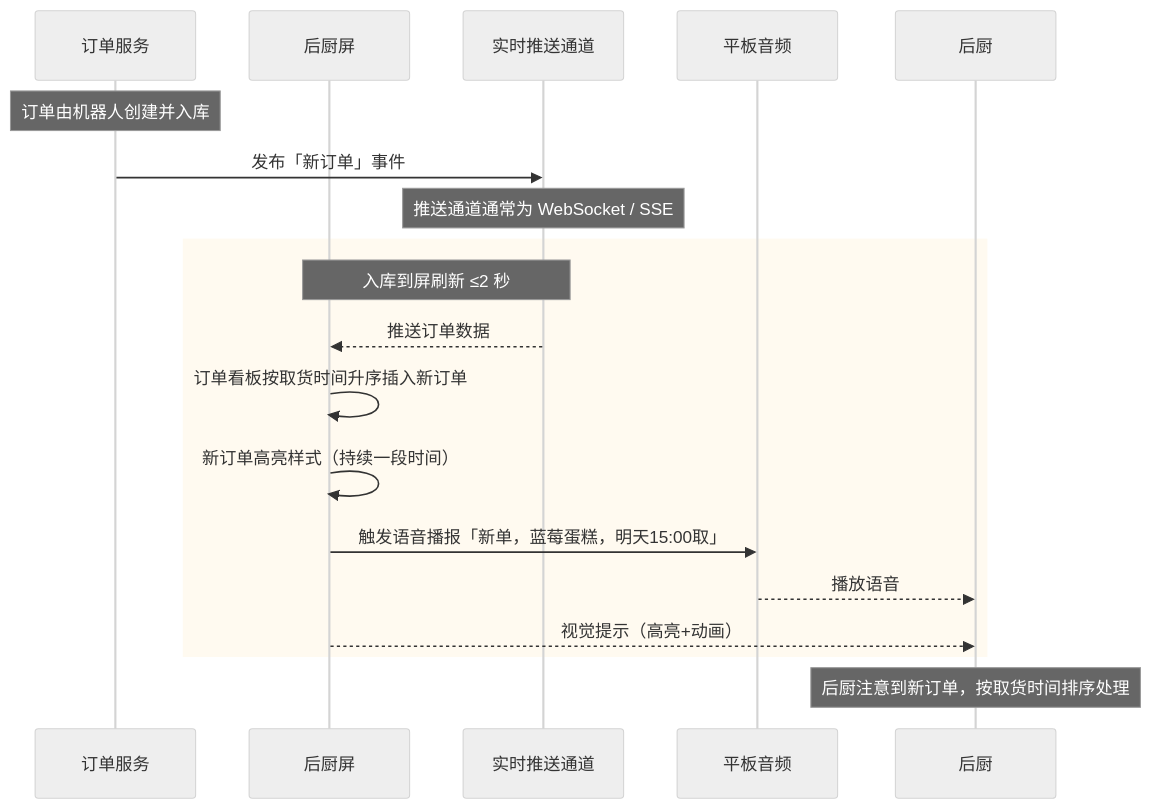
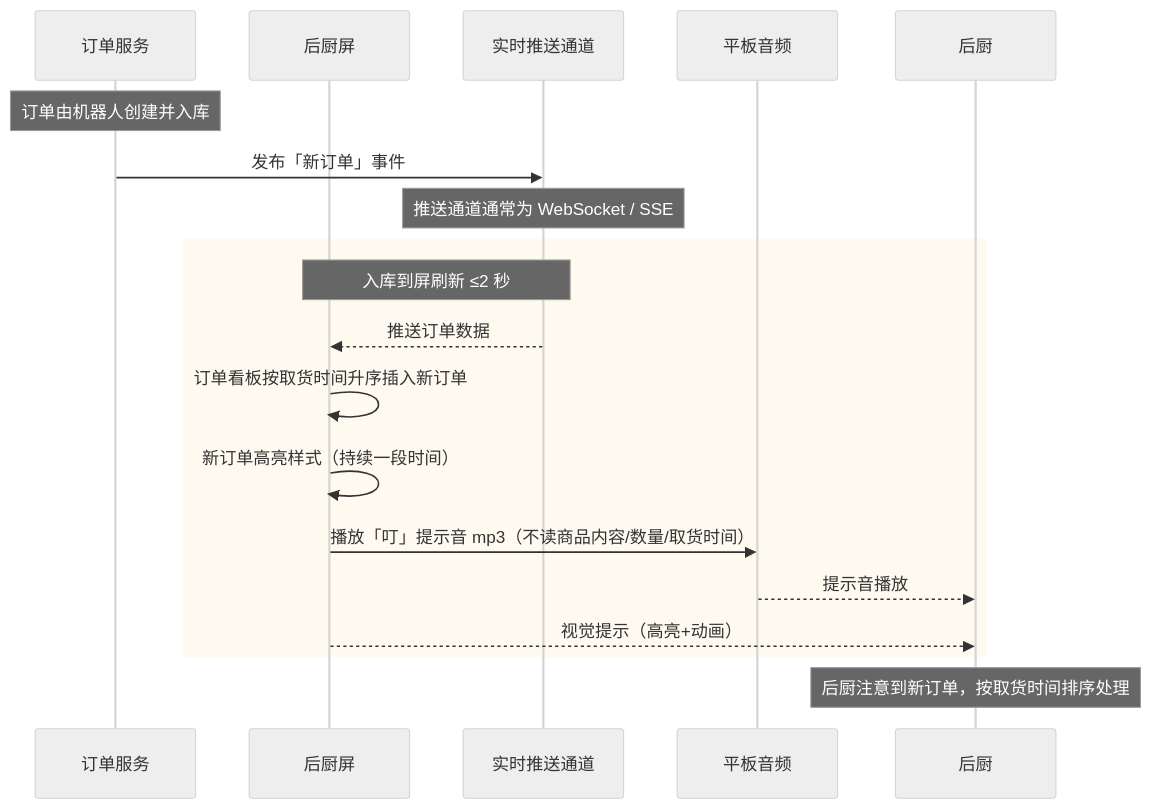
One commit to Antiqueeeee/cake-management changed diagram 28 of 35 in docs/时序图.md. Above: the diagram before and after it, drawn with Mermaid (neutral theme). The commit also changed other lines of this file and 2 other files, not shown here.

````diff
--- a/docs/时序图.md
+++ b/docs/时序图.md
@@ -1493,25 +1493,25 @@
 ```mermaid
 sequenceDiagram
     participant 订单 as 订单服务
     participant 屏 as 后厨屏
     participant 推送 as 实时推送通道
     participant 音频 as 平板音频
     participant 后厨
 
     Note over 订单: 订单由机器人创建并入库
 
     订单->>推送: 发布「新订单」事件
     Note over 推送: 推送通道通常为 WebSocket / SSE
 
     rect rgb(255, 250, 240)
     Note over 推送,屏: 入库到屏刷新 ≤2 秒
     推送-->>屏: 推送订单数据
     屏->>屏: 订单看板按取货时间升序插入新订单
     屏->>屏: 新订单高亮样式（持续一段时间）
-    屏->>音频: 触发语音播报「新单，蓝莓蛋糕，明天15:00取」
-    音频-->>后厨: 播放语音
+    屏->>音频: 播放「叮」提示音 mp3（不读商品内容/数量/取货时间）
+    音频-->>后厨: 提示音播放
     屏-->>后厨: 视觉提示（高亮+动画）
     end
 
     Note over 后厨: 后厨注意到新订单，按取货时间排序处理
 ```
````
